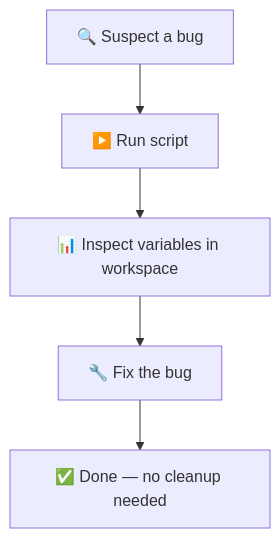
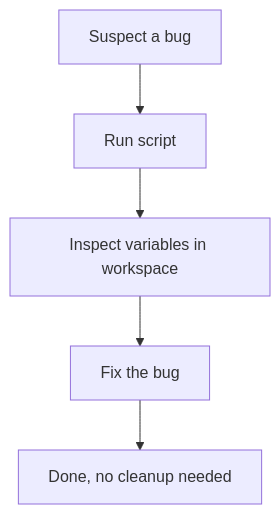
Before and after one commit to runmat-org/runmat: the second of 2 diagrams in website/content/blog/matlab-fprintf.md, drawn with Mermaid. The commit also changed other lines of this file and 8 other files, not shown here.

````diff
--- a/website/content/blog/matlab-fprintf.md
+++ b/website/content/blog/matlab-fprintf.md
@@ -183,7 +183,7 @@
 ```mermaid
 flowchart TD
-    A["🔍 Suspect a bug"] --> B["▶️ Run script"]
-    B --> C["📊 Inspect variables in workspace"]
-    C --> D["🔧 Fix the bug"]
-    D --> E["✅ Done — no cleanup needed"]
+    A["Suspect a bug"] --> B["Run script"]
+    B --> C["Inspect variables in workspace"]
+    C --> D["Fix the bug"]
+    D --> E["Done, no cleanup needed"]
 ```
````
